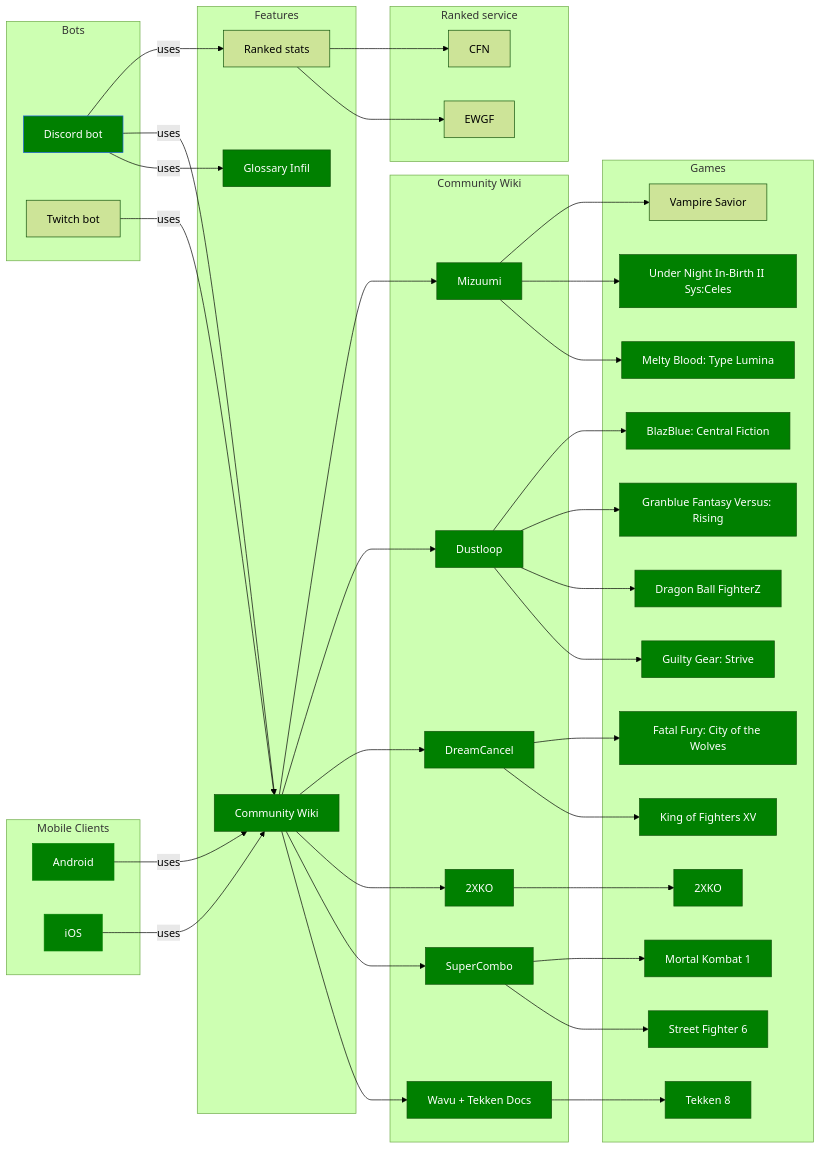
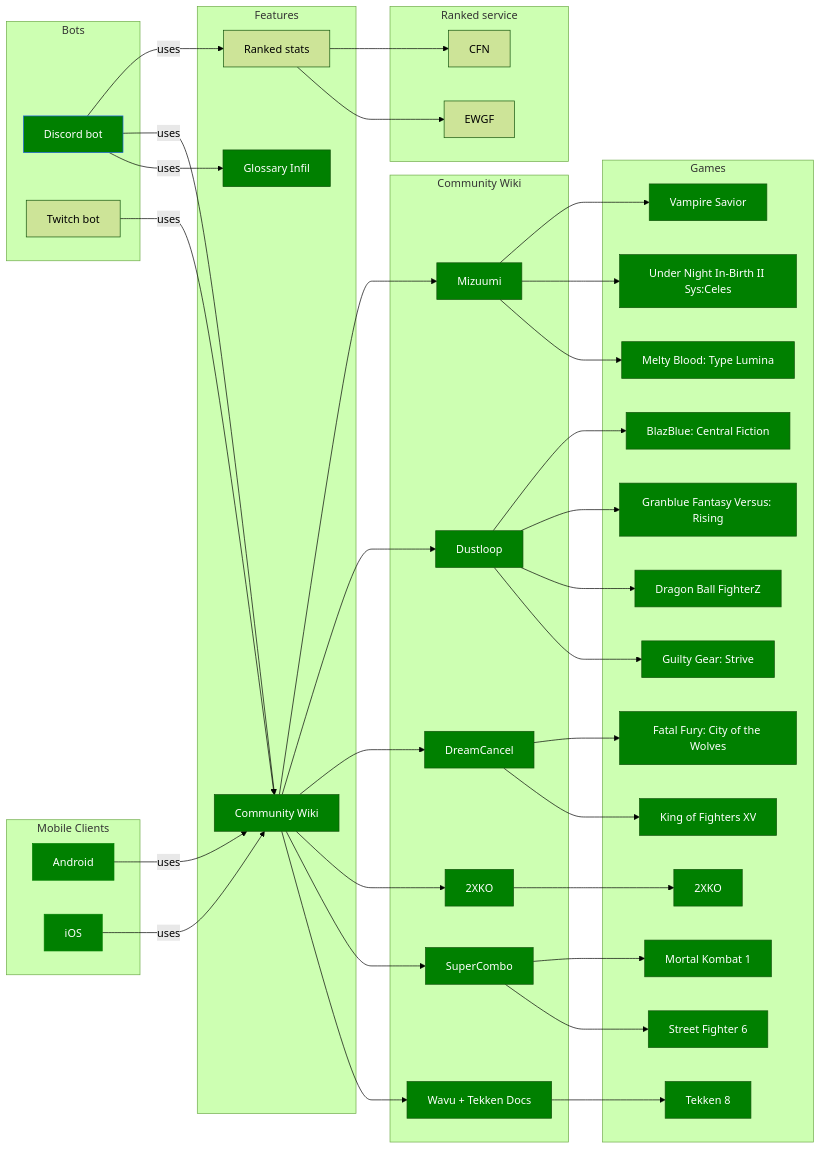
Before and after one commit to Sophon/FightingNerd: the diagram in mermaid/modules.mmd, drawn with Mermaid (forest theme). The commit also changed 43 other files, not shown here.

```diff
--- a/mermaid/modules.mmd
+++ b/mermaid/modules.mmd
@@ -1,106 +1,107 @@
 graph LR
     classDef green fill:green,color:#000
     classDef grey fill:lightgrey,color:#000
 
     subgraph Bots
         discordBot[Discord bot]
         twitchBot[Twitch bot]
     end
 
     subgraph "Mobile Clients"
         android[Android]
         iOS[iOS]
     end
 
     subgraph Features
         glossaryInfil[Glossary Infil]
         communityWiki[Community Wiki]
         elo[Ranked stats]
     end
 
     subgraph Community Wiki
         wikiWavu[Wavu + Tekken Docs]
         supercombo[SuperCombo]
         2xko[2XKO]
         dustloop[Dustloop]
         dreamcancel[DreamCancel]
         mizuumi[Mizuumi]
     end
 
     subgraph Games
         t8[Tekken 8]
         sf6[Street Fighter 6]
         mk1[Mortal Kombat 1]
         ggst[Guilty Gear: Strive]
         dbfz[Dragon Ball FighterZ]
         gbvsr[Granblue Fantasy Versus: Rising]
         kof15[King of Fighters XV]
         cotw[Fatal Fury: City of the Wolves]
         xko[2XKO]
         melty[Melty Blood: Type Lumina]
         bbcf[BlazBlue: Central Fiction]
         uni2[Under Night In-Birth II Sys:Celes]
         vsav[Vampire Savior]
     end
 
     subgraph Ranked service
         ewgf[EWGF]
         cfn[CFN]
     end
 
     android -->|uses| communityWiki
     iOS -->|uses| communityWiki
 
     discordBot -->|uses| glossaryInfil
     discordBot -->|uses| communityWiki
     discordBot -->|uses| elo
     twitchBot -->|uses| communityWiki
 
     communityWiki --> wikiWavu
     communityWiki --> supercombo
     communityWiki --> 2xko
     communityWiki --> dreamcancel
     communityWiki --> dustloop
     communityWiki --> mizuumi
 
     elo --> ewgf
     elo --> cfn
 
     wikiWavu --> t8
     supercombo --> sf6
     supercombo --> mk1
     dustloop --> ggst
     dustloop --> dbfz
     dustloop --> gbvsr
     dustloop --> bbcf
     2xko --> xko
     dreamcancel --> kof15
     dreamcancel --> cotw
     mizuumi --> melty
     mizuumi --> uni2
     mizuumi --> vsav
 
 
     style discordBot fill:green,stroke:#2563EB, color:#fff
     style android fill:green,stroke:green, color:#fff
     style iOS fill:green,stroke:green, color:#fff
     style glossaryInfil fill:green, color:#fff
     style communityWiki fill:green, color:#fff
     style wikiWavu fill:green, color:#fff
     style supercombo fill:green, color:#fff
     style dreamcancel fill:green, color:#fff
     style dustloop fill:green, color:#fff
     style mizuumi fill:green, color:#fff
     style 2xko fill:green, color:#fff
     style t8 fill:green, color:#fff
     style sf6 fill:green, color:#fff
     style xko fill:green, color:#fff
     style kof15 fill:green, color:#fff
     style cotw fill:green, color:#fff
     style ggst fill:green, color:#fff
     style mk1 fill:green, color:#fff
     style dbfz fill:green, color:#fff
     style gbvsr fill:green, color:#fff
     style melty fill:green, color:#fff
     style bbcf fill:green, color:#fff
     style uni2 fill:green, color:#fff
+    style vsav fill:green, color:#fff
```
